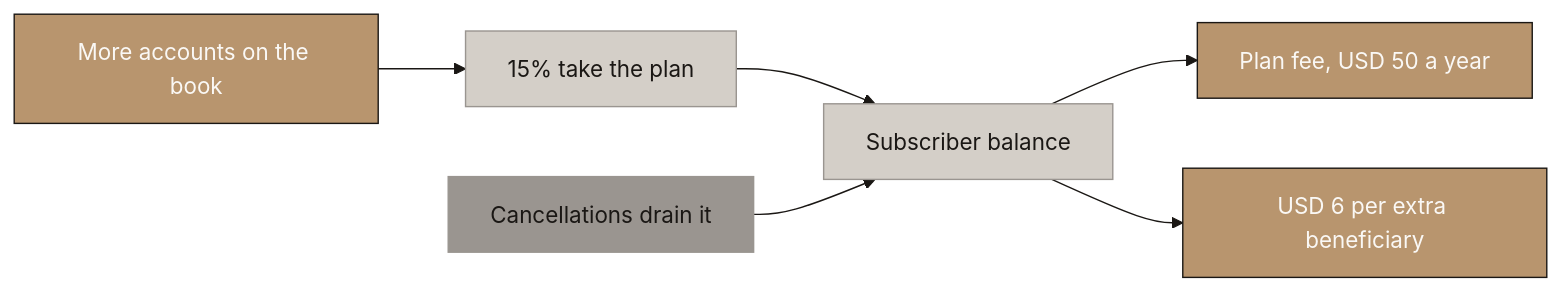
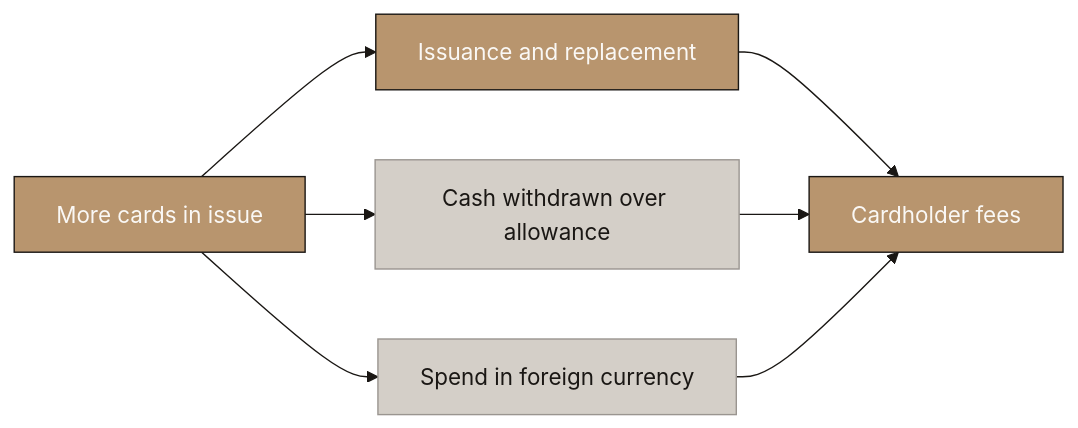
One commit to Abdsys/Aurumix changed the fourth of 6 diagrams in deliverables/4-revenue-modeling/Aurumix_Process_Maps_Revenue_Growth.md. Above: the diagram before and after it, drawn with Mermaid. The commit also changed other lines of this file, not shown here.

First line of the commit message:
Abstract the growth maps; fold spot into the entry fee

````diff
--- a/deliverables/4-revenue-modeling/Aurumix_Process_Maps_Revenue_Growth.md
+++ b/deliverables/4-revenue-modeling/Aurumix_Process_Maps_Revenue_Growth.md
@@ -196,27 +198,27 @@
 ```mermaid
 %%{init: {'theme': 'base', 'themeVariables': {
     'primaryColor': '#B8956E',
     'primaryTextColor': '#1A1714',
     'primaryBorderColor': '#1A1714',
     'lineColor': '#1A1714',
     'secondaryColor': '#FAF8F5',
     'tertiaryColor': '#D4CFC8',
     'fontFamily': 'Libre Franklin, sans-serif',
     'edgeLabelBackground': '#D4CFC8',
     'clusterBkg': '#FAF8F5',
     'clusterBorder': '#B8956E'
 }}}%%
 graph LR
-    A["More accounts on the book"] --> B["15% take the plan"]
-    B --> C["Subscriber balance"]
-    C --> D["Plan fee, USD 50 a year"]
-    C --> E["USD 6 per extra beneficiary"]
-    F["Cancellations drain it"] --> C
+    A["More cards in issue"] --> B["Issuance and replacement"]
+    A --> C["Cash withdrawn over allowance"]
+    A --> D["Spend in foreign currency"]
+    B --> E["Cardholder fees"]
+    C --> E
+    D --> E
 
     style A fill:#B8956E,stroke:#1A1714,color:#FAF8F5
-    style B fill:#D4CFC8,stroke:#9A9590,color:#1A1714
+    style B fill:#B8956E,stroke:#1A1714,color:#FAF8F5
     style C fill:#D4CFC8,stroke:#9A9590,color:#1A1714
-    style D fill:#B8956E,stroke:#1A1714,color:#FAF8F5
+    style D fill:#D4CFC8,stroke:#9A9590,color:#1A1714
     style E fill:#B8956E,stroke:#1A1714,color:#FAF8F5
-    style F fill:#9A9590,stroke:#9A9590,color:#1A1714
 ```
````
